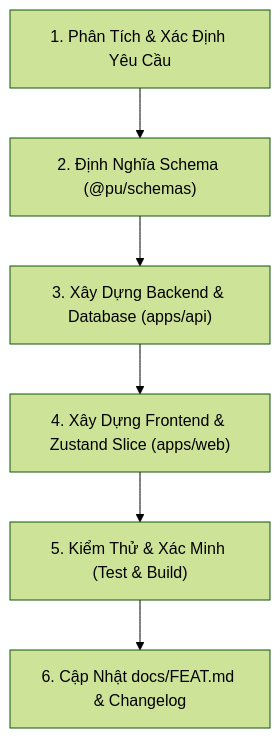
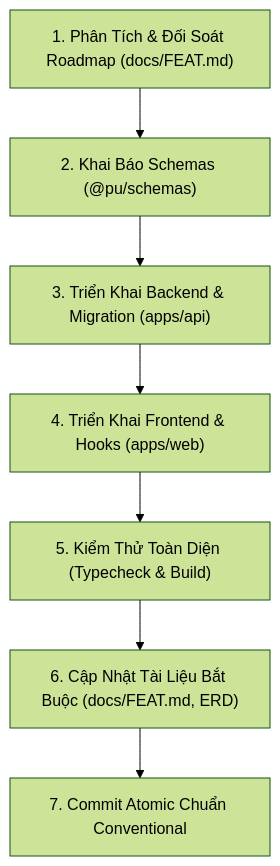
One commit to nhatcoi/pu-connect changed the diagram in .agents/skills/feature-workflow/SKILL.md. Above: the diagram before and after it, drawn with Mermaid (forest theme). The commit also changed other lines of this file and 13 other files, not shown here.

````diff
--- a/.agents/skills/feature-workflow/SKILL.md
+++ b/.agents/skills/feature-workflow/SKILL.md
@@ -14,8 +14,9 @@
 ```mermaid
 graph TD
-    A["1. Phân Tích & Xác Định Yêu Cầu"] --> B["2. Định Nghĩa Schema (@pu/schemas)"]
-    B --> C["3. Xây Dựng Backend & Database (apps/api)"]
-    C --> D["4. Xây Dựng Frontend & Zustand Slice (apps/web)"]
-    D --> E["5. Kiểm Thử & Xác Minh (Test & Build)"]
-    E --> F["6. Cập Nhật docs/FEAT.md & Changelog"]
+    A["1. Phân Tích & Đối Soát Roadmap (docs/FEAT.md)"] --> B["2. Khai Báo Schemas (@pu/schemas)"]
+    B --> C["3. Triển Khai Backend & Migration (apps/api)"]
+    C --> D["4. Triển Khai Frontend & Hooks (apps/web)"]
+    D --> E["5. Kiểm Thử Toàn Diện (Typecheck & Build)"]
+    E --> F["6. Cập Nhật Tài Liệu Bắt Buộc (docs/FEAT.md, ERD)"]
+    F --> G["7. Commit Atomic Chuẩn Conventional"]
 ```
````
